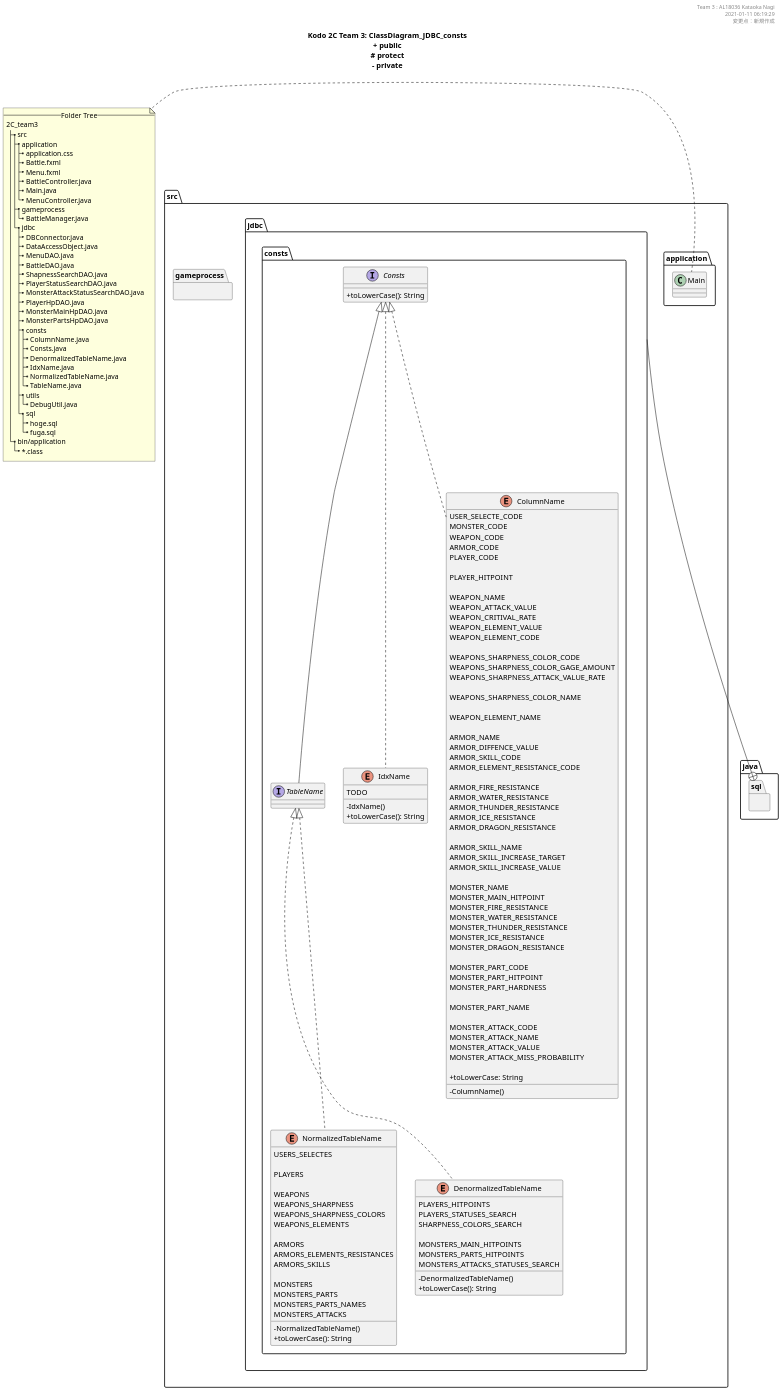
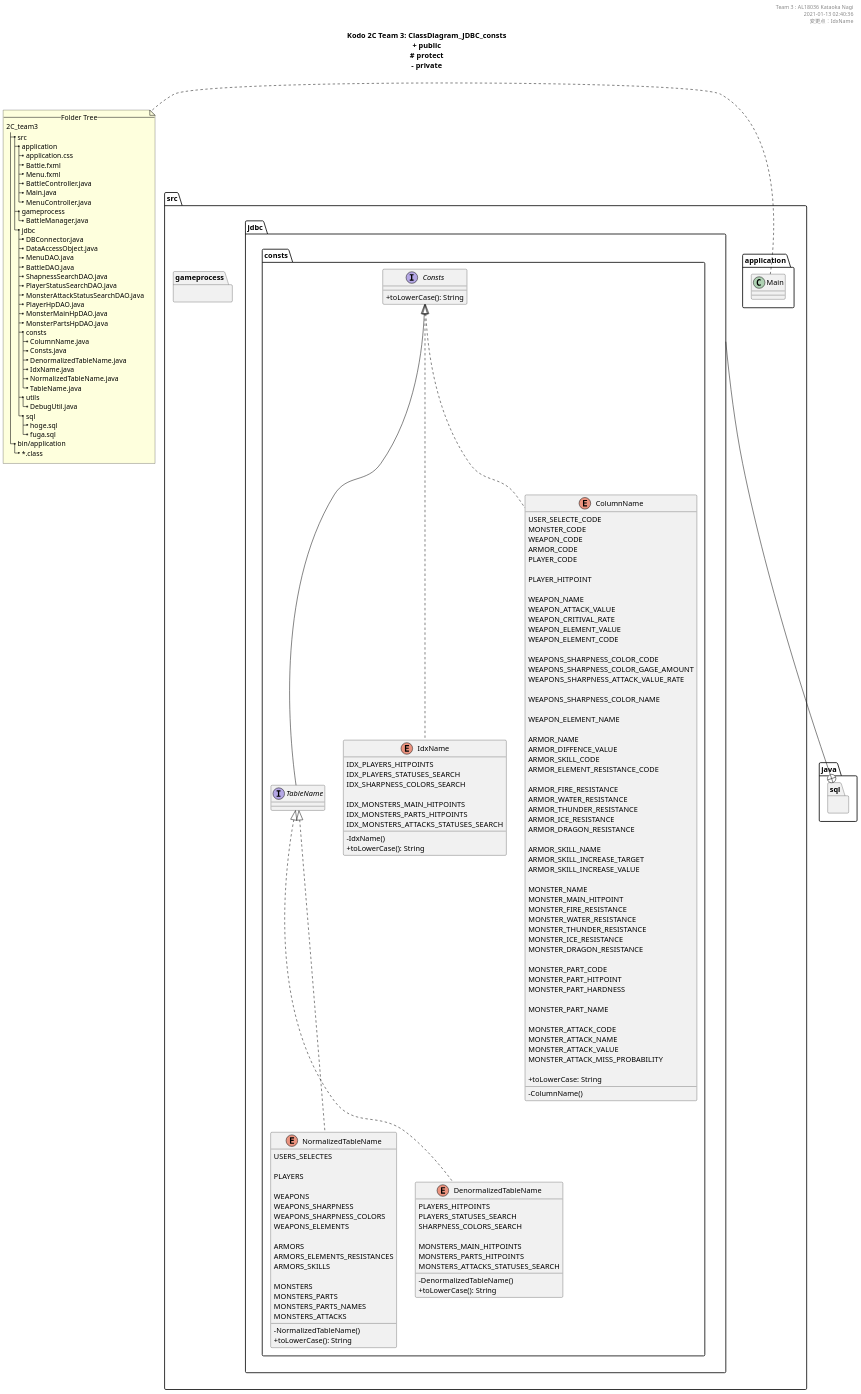
The diagram in uml/ClassDiagram_JDBC_consts.pu (KataokaNagi/2C_team3), drawn with PlantUML before and after one commit. The commit also changed other lines of this file and 8 other files, not shown here.

```diff
--- a/uml/ClassDiagram_JDBC_consts.pu
+++ b/uml/ClassDiagram_JDBC_consts.pu
@@ -21,8 +21,8 @@
 
 header 
 Team 3 : AL18036 Kataoka Nagi
-2021-01-11 06:19:29
-変更点：新規作成
+2021-01-13 02:40:36
+変更点：IdxName
 end header
 
 ''''''''''''''''''''''''''''''''''''''''''''''''''
@@ -156,7 +156,18 @@
 ''''''''''''''''''''''''''''''''''''''''''''''''''''''''''''  
 
   enum IdxName implements Consts {
-    TODO
+    ' // ユーザー選択関係
+    ' // なし
+
+    ' // プレイヤー関係
+    IDX_PLAYERS_HITPOINTS
+    IDX_PLAYERS_STATUSES_SEARCH
+    IDX_SHARPNESS_COLORS_SEARCH
+
+    ' // モンスター関係
+    IDX_MONSTERS_MAIN_HITPOINTS
+    IDX_MONSTERS_PARTS_HITPOINTS
+    IDX_MONSTERS_ATTACKS_STATUSES_SEARCH
 
     - IdxName()
     + toLowerCase(): String
```
